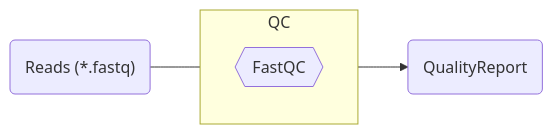
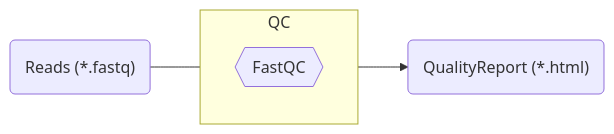
The second of 4 diagrams in slide-decks/2025-02-05_dataplant_dsc_cwl-demo/cwl-in-arcs.md (nfdi4plants/training-material), drawn with Mermaid before and after one commit. The commit also changed other lines of this file and 3 other files, not shown here.

```diff
--- a/slide-decks/2025-02-05_dataplant_dsc_cwl-demo/cwl-in-arcs.md
+++ b/slide-decks/2025-02-05_dataplant_dsc_cwl-demo/cwl-in-arcs.md
@@ -39,7 +41,7 @@
 <div class="mermaid">
 flowchart LR
-  f1("Reads (*.fastq)") ---p1[QC]--> f3(QualityReport)
+  f1("Reads (*.fastq)") ---p1[QC]--> f3("QualityReport (*.html)")
   subgraph p1[QC]
       p1-1{{FastQC}}
   end
 </div>
```
